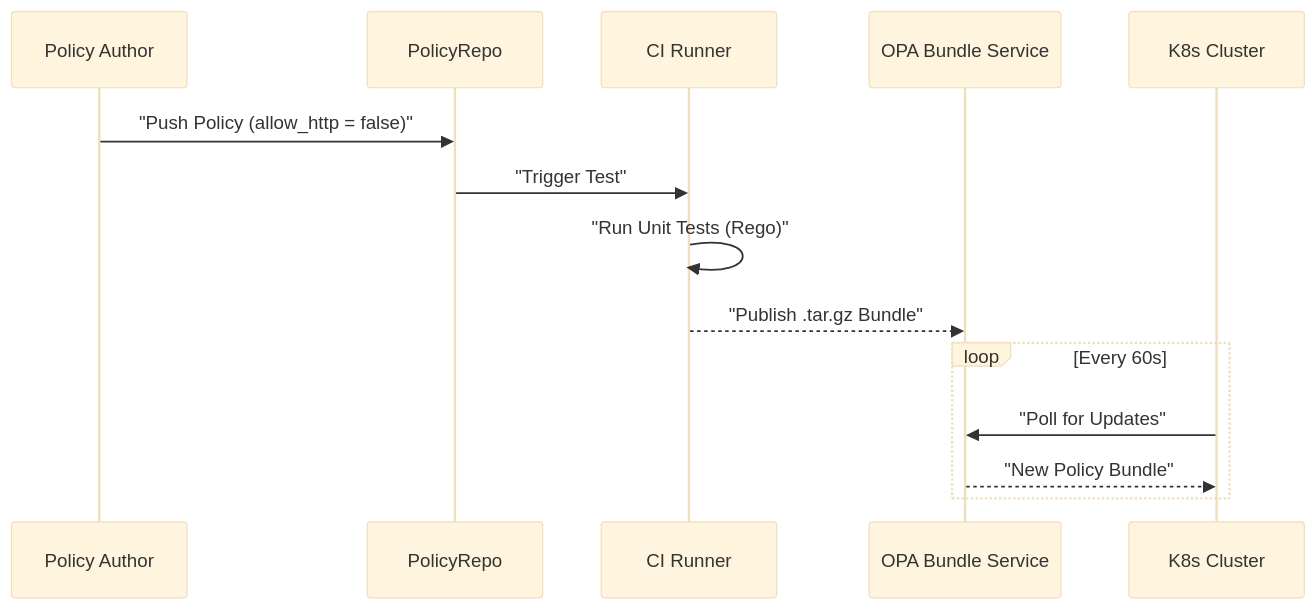
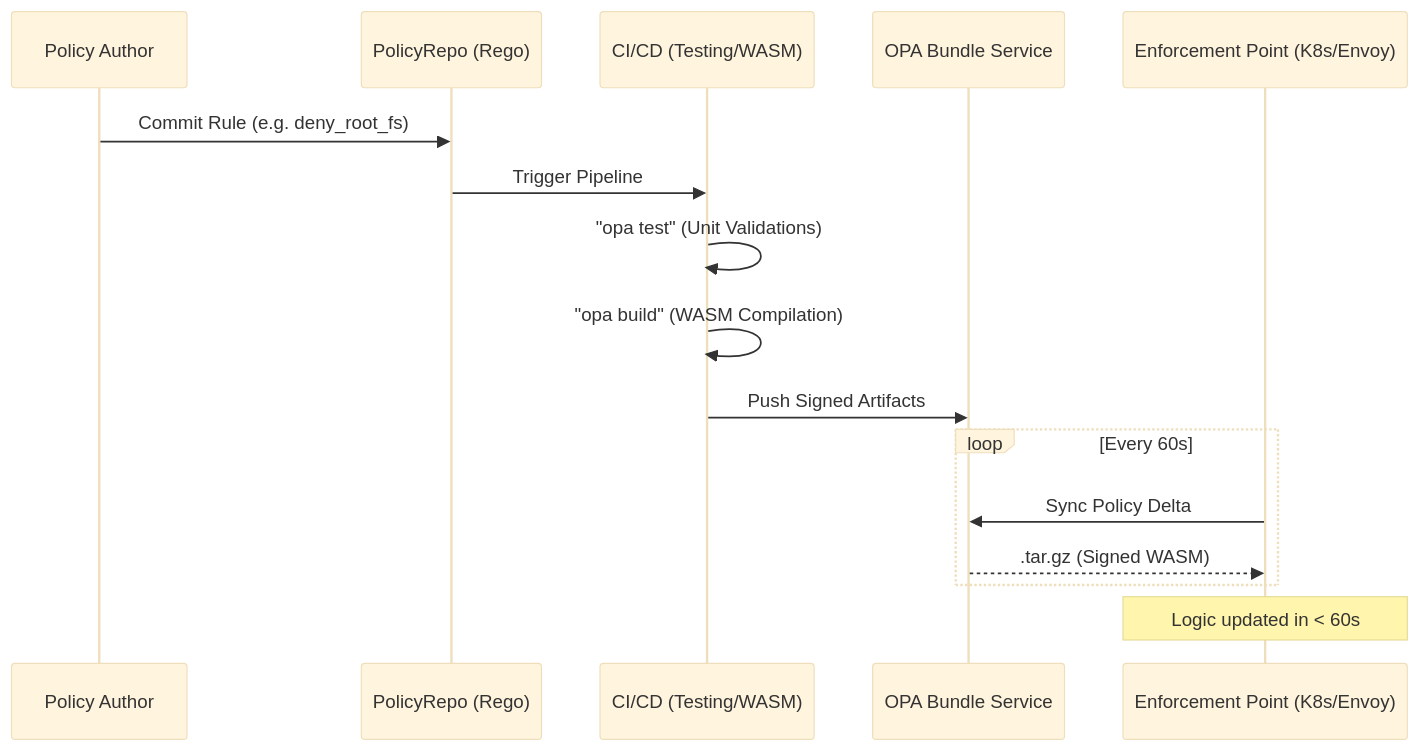
The first of 5 diagrams in src/app/[locale]/research/papers/a4-platform-governance-multicloud-hybrid/A4-PAPER-FULL.md (gchaitanyabharath9/omnigcloud), drawn with Mermaid (base theme) before and after one commit. The commit also changed other lines of this file and 98 other files, not shown here.

````diff
--- a/src/app/[locale]/research/papers/a4-platform-governance-multicloud-hybrid/A4-PAPER-FULL.md
+++ b/src/app/[locale]/research/papers/a4-platform-governance-multicloud-hybrid/A4-PAPER-FULL.md
@@ -101,18 +101,20 @@
 ```mermaid
 sequenceDiagram
     participant Dev as Policy Author
-    participant Git as PolicyRepo
-    participant CI as CI Runner
-    participant OPA as OPA Bundle Service
-    participant Cluster as K8s Cluster
-    
-    Dev->>Git: "Push Policy (allow_http = false)"
-    Git->>CI: "Trigger Test"
-    CI->>CI: "Run Unit Tests (Rego)"
-    CI-->>OPA: "Publish .tar.gz Bundle"
+    participant Git as PolicyRepo (Rego)
+    participant CI as CI/CD (Testing/WASM)
+    participant Bundle as OPA Bundle Service
+    participant Enforce as Enforcement Point (K8s/Envoy)
+
+    Dev->>Git: Commit Rule (e.g. deny_root_fs)
+    Git->>CI: Trigger Pipeline
+    CI->>CI: "opa test" (Unit Validations)
+    CI->>CI: "opa build" (WASM Compilation)
+    CI->>Bundle: Push Signed Artifacts
     
     loop Every 60s
-        Cluster->>OPA: "Poll for Updates"
-        OPA-->>Cluster: "New Policy Bundle"
+        Enforce->>Bundle: Sync Policy Delta
+        Bundle-->>Enforce: .tar.gz (Signed WASM)
     end
+    Note over Enforce: Logic updated in < 60s
 ```
````
